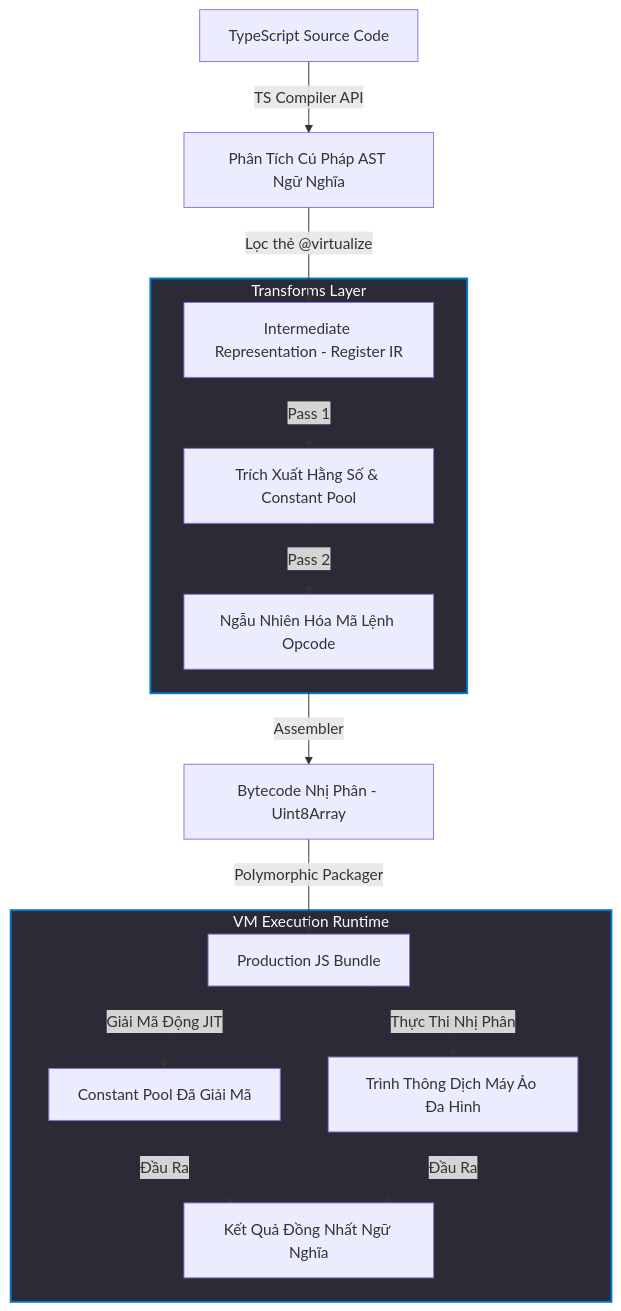
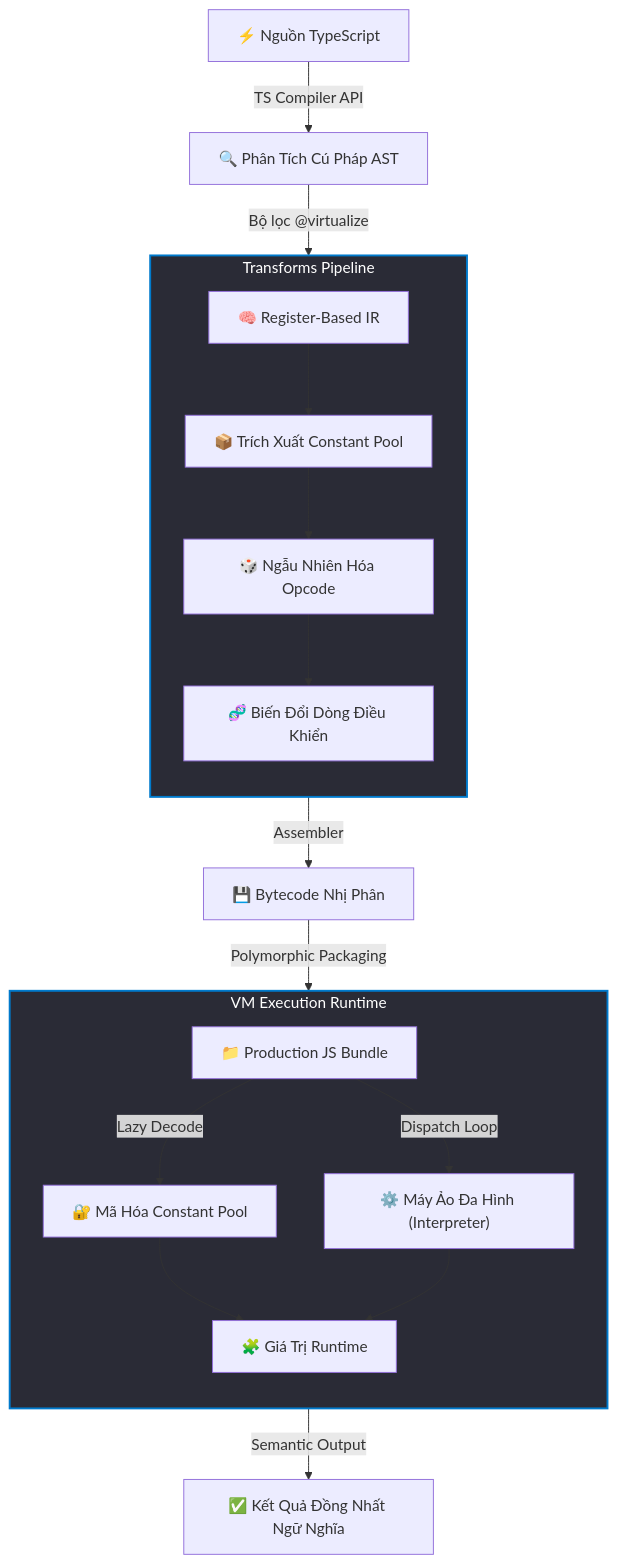
Before and after one commit to Tr0ngX/ts-vm-obfuscator: the diagram in README_VN.md, drawn with Mermaid. The commit also changed 1 other file, not shown here.

Commit message:
docs: replace Mermaid diagrams with localized premium versions

````diff
--- a/README_VN.md
+++ b/README_VN.md
@@ -37,22 +37,29 @@
 ```mermaid
 graph TD
-    A[TypeScript Source Code] -->|TS Compiler API| B[Phân Tích Cú Pháp AST Ngữ Nghĩa]
-    B -->|Lọc thẻ @virtualize| C[Intermediate Representation - Register IR]
-    
-    subgraph TransformsLayer ["Transforms Layer"]
-        C -->|Pass 1| D[Trích Xuất Hằng Số & Constant Pool]
-        D -->|Pass 2| E[Ngẫu Nhiên Hóa Mã Lệnh Opcode]
+
+    A["⚡ Nguồn TypeScript"] -->|"TS Compiler API"| B["🔍 Phân Tích Cú Pháp AST"]
+    B -->|"Bộ lọc @virtualize"| C["🧠 Register-Based IR"]
+
+    subgraph T["Transforms Pipeline"]
+        direction TB
+        C --> D["📦 Trích Xuất Constant Pool"]
+        D --> E["🎲 Ngẫu Nhiên Hóa Opcode"]
+        E --> F["🧬 Biến Đổi Dòng Điều Khiển"]
     end
 
-    E -->|Assembler| F[Bytecode Nhị Phân - Uint8Array]
-    F -->|Polymorphic Packager| G[Production JS Bundle]
-    
-    subgraph VMExecutionRuntime ["VM Execution Runtime"]
-        G -->|Giải Mã Động JIT| H[Constant Pool Đã Giải Mã]
-        G -->|Thực Thi Nhị Phân| I[Trình Thông Dịch Máy Ảo Đa Hình]
-        H & I -->|Đầu Ra| J[Kết Quả Đồng Nhất Ngữ Nghĩa]
+    F -->|"Assembler"| G["💾 Bytecode Nhị Phân"]
+    G -->|"Polymorphic Packaging"| H["📁 Production JS Bundle"]
+
+    subgraph R["VM Execution Runtime"]
+        direction TB
+        H -->|"Lazy Decode"| I["🔐 Mã Hóa Constant Pool"]
+        H -->|"Dispatch Loop"| J["⚙️ Máy Ảo Đa Hình (Interpreter)"]
+        I --> K["🧩 Giá Trị Runtime"]
+        J --> K
     end
-    
-    style TransformsLayer fill:#2a2b36,stroke:#007acc,stroke-width:2px,color:#ffffff;
-    style VMExecutionRuntime fill:#2a2b36,stroke:#007acc,stroke-width:2px,color:#ffffff;
+
+    K -->|"Semantic Output"| L["✅ Kết Quả Đồng Nhất Ngữ Nghĩa"]
+
+    style T fill:#2a2b36,stroke:#007acc,stroke-width:2px,color:#ffffff;
+    style R fill:#2a2b36,stroke:#007acc,stroke-width:2px,color:#ffffff;
 ```
````
